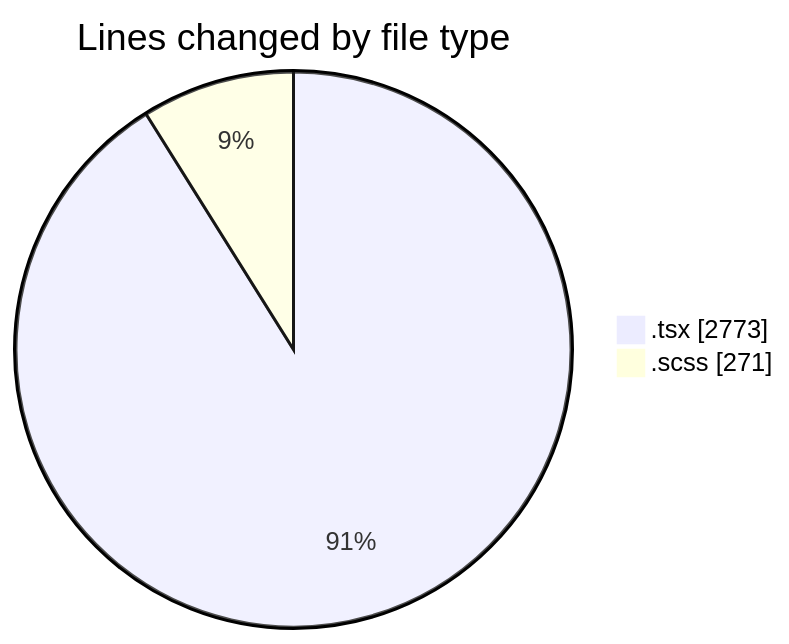
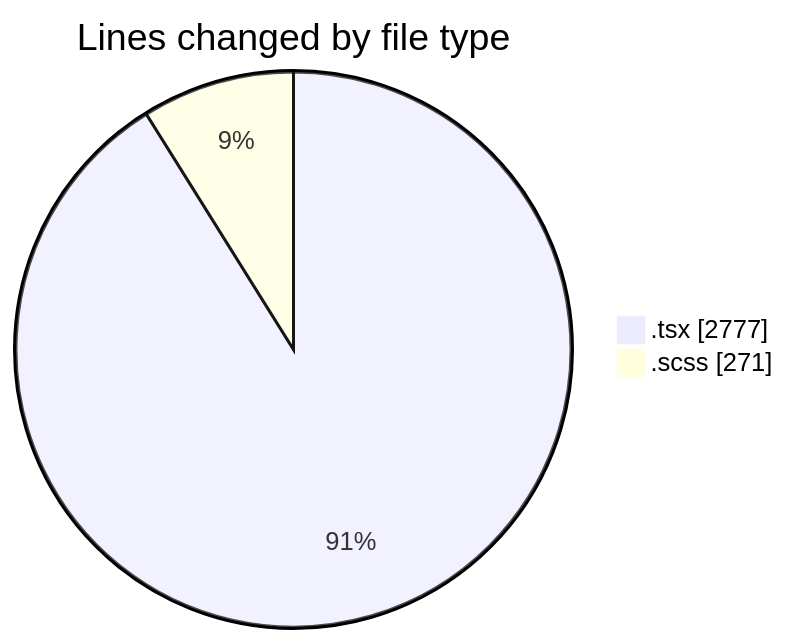
One commit to momahboobian/code-tracking changed the first of 2 diagrams in 2025-11-18/cda/README.md. Above: the diagram before and after it, drawn with Mermaid. The commit also changed other lines of this file and 1 other file, not shown here.

````diff
--- a/2025-11-18/cda/README.md
+++ b/2025-11-18/cda/README.md
@@ -25,6 +25,6 @@
 ```mermaid
 pie showData
 title Lines changed by file type
-".tsx" : 2773
+".tsx" : 2777
 ".scss" : 271
 ```
````
